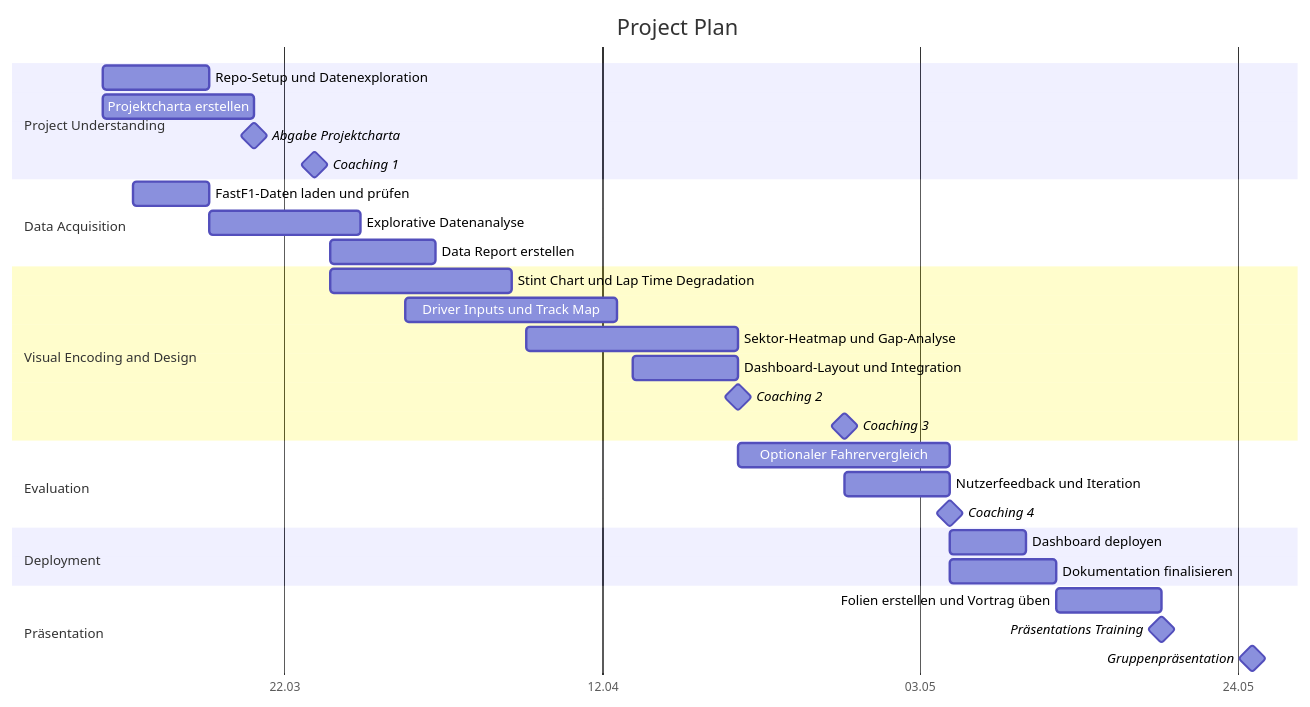
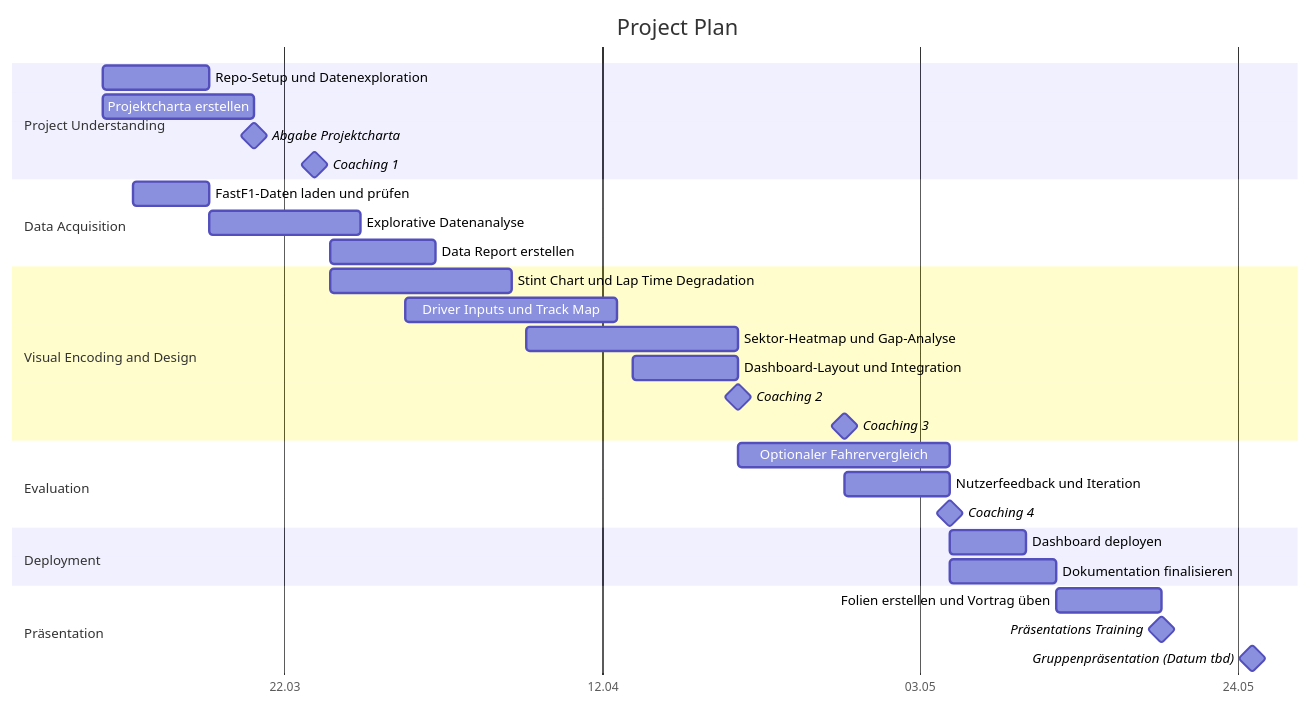
Before and after one commit to vdss-fs26-ds24t/ds24t-3-fancyproject: the second of 2 diagrams in docs/project_charta.qmd, drawn with Mermaid. The commit also changed 1 other file, not shown here.

Commit message:
changed date of presentation

````diff
--- a/docs/project_charta.qmd
+++ b/docs/project_charta.qmd
@@ -310,41 +310,41 @@
 ```{mermaid}
 %%| label: fig-project-plan
 %%| fig-cap: Preliminary project plan.
 gantt
     title Project Plan
     dateFormat YYYY-MM-DD
     axisFormat %d.%m
     tickInterval 3week
     section Project Understanding
         Repo-Setup und Datenexploration           :a1, 2026-03-10, 7d
         Projektcharta erstellen                   :a2, 2026-03-10, 10d
         Abgabe Projektcharta                      :milestone, m1, 2026-03-20, 0d
         Coaching 1                                :milestone, m2, 2026-03-24, 0d
 
     section Data Acquisition
         FastF1-Daten laden und prüfen             :a3, 2026-03-12, 5d
         Explorative Datenanalyse                  :a4, 2026-03-17, 10d
         Data Report erstellen                     :a5, 2026-03-25, 7d
 
     section Visual Encoding and Design
         Stint Chart und Lap Time Degradation       :a6, 2026-03-25, 12d
         Driver Inputs und Track Map                :a7, 2026-03-30, 14d
         Sektor-Heatmap und Gap-Analyse             :a8, 2026-04-07, 14d
         Dashboard-Layout und Integration           :a9, 2026-04-14, 7d
         Coaching 2                                 :milestone, m3, 2026-04-21, 0d
         Coaching 3                                 :milestone, m4, 2026-04-28, 0d
 
     section Evaluation
         Optionaler Fahrervergleich                 :a10, 2026-04-21, 14d
         Nutzerfeedback und Iteration               :a11, 2026-04-28, 7d
         Coaching 4                                 :milestone, m5, 2026-05-05, 0d
 
     section Deployment
         Dashboard deployen                         :a12, 2026-05-05, 5d
         Dokumentation finalisieren                 :a13, 2026-05-05, 7d
 
     section Präsentation
         Folien erstellen und Vortrag üben          :a14, 2026-05-12, 7d
         Präsentations Training                      :milestone, m6, 2026-05-19, 0d
-        Gruppenpräsentation                        :milestone, m7, 2026-05-25, 0d
+        Gruppenpräsentation (Datum tbd)            :milestone, m7, 2026-05-25, 0d
 ```
````
